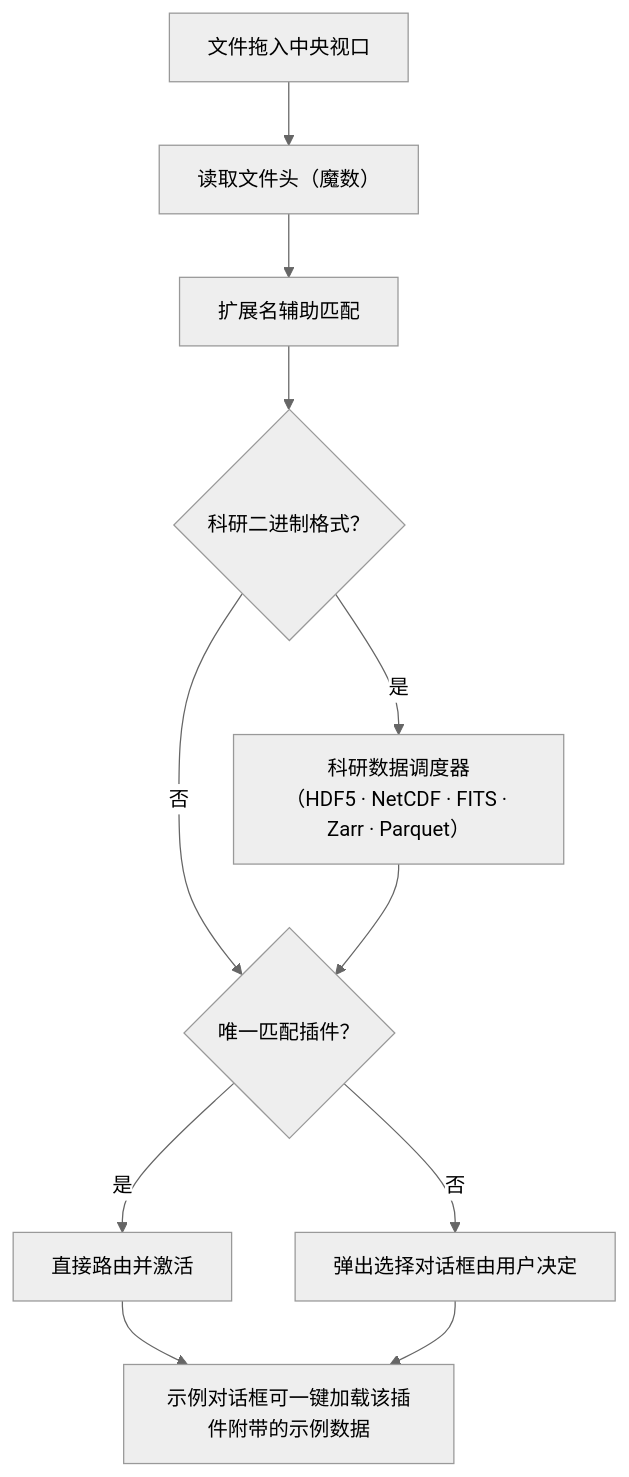
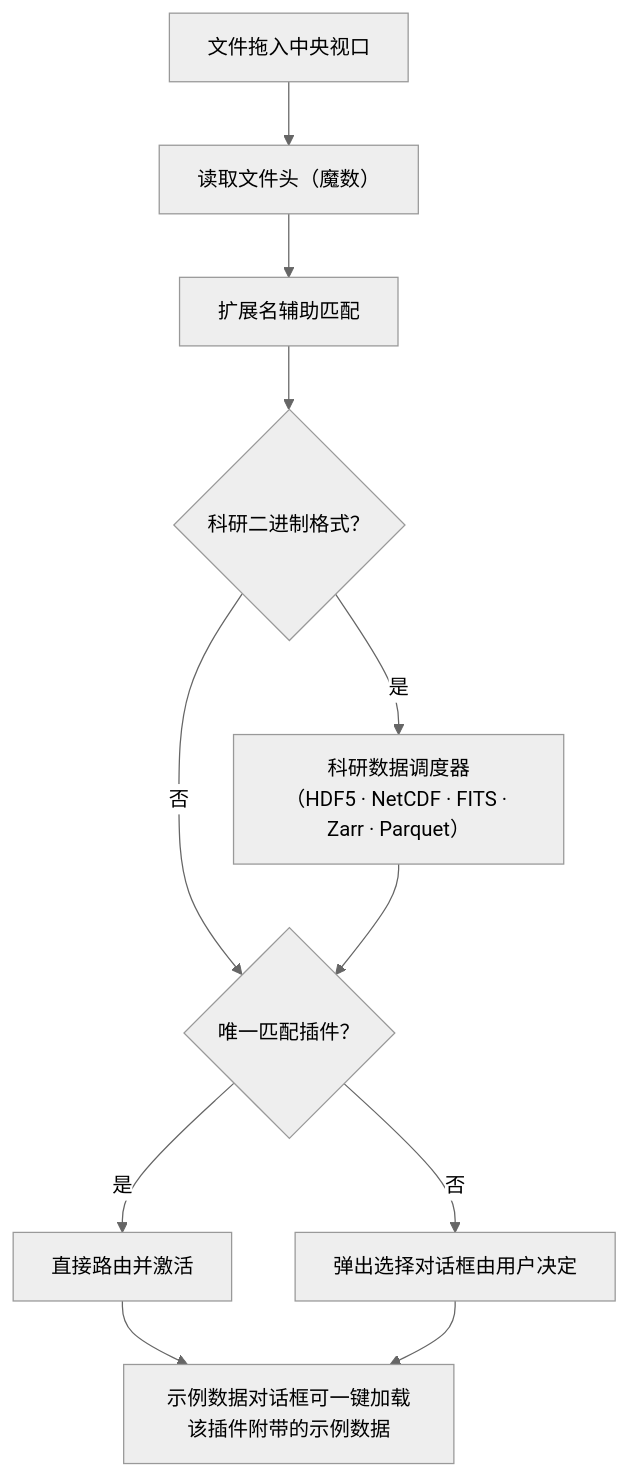
Before and after one commit to SnowLeopard-io/ErgalicsStudio: the fourth of 4 diagrams in docs/technical/03-插件系统.md, drawn with Mermaid (neutral theme). The commit also changed other lines of this file and 36 other files, not shown here.

````diff
--- a/docs/technical/03-插件系统.md
+++ b/docs/technical/03-插件系统.md
@@ -403,13 +441,13 @@
 ```mermaid
 flowchart TD
     A["文件拖入中央视口"] --> B["读取文件头（魔数）"]
     B --> C["扩展名辅助匹配"]
     C --> D{"科研二进制格式？"}
     D -- 是 --> E["科研数据调度器<br/>（HDF5 · NetCDF · FITS · Zarr · Parquet）"]
     D -- 否 --> F{"唯一匹配插件？"}
     E --> F
     F -- 是 --> G["直接路由并激活"]
     F -- 否 --> H["弹出选择对话框由用户决定"]
-    G --> I["示例对话框可一键加载该插件附带的示例数据"]
+    G --> I["示例数据对话框可一键加载该插件附带的示例数据"]
     H --> I
 ```
````
